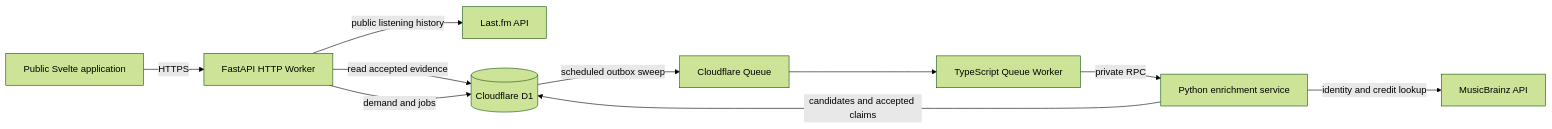
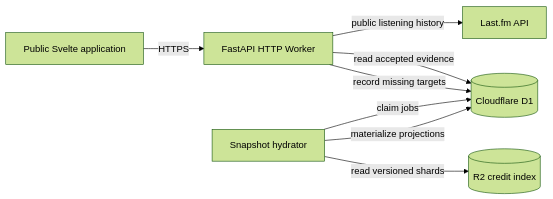
One commit to rosa-gus/timbre-palette changed the diagram in README.md. Above: the diagram before and after it, drawn with Mermaid (forest theme). The commit also changed other lines of this file and 147 other files, not shown here.

````diff
--- a/README.md
+++ b/README.md
@@ -55,12 +53,10 @@
 ```mermaid
 flowchart LR
     Browser[Public Svelte application] -->|HTTPS| API[FastAPI HTTP Worker]
     API -->|public listening history| LastFM[Last.fm API]
     API -->|read accepted evidence| D1[(Cloudflare D1)]
-    API -->|demand and jobs| D1[(Cloudflare D1)]
-    D1 -->|scheduled outbox sweep| Queue[Cloudflare Queue]
-    Queue --> QueueWorker[TypeScript Queue Worker]
-    QueueWorker -->|private RPC| Enricher[Python enrichment service]
-    Enricher -->|identity and credit lookup| MusicBrainz[MusicBrainz API]
-    Enricher -->|candidates and accepted claims| D1
+    API -->|record missing targets| D1
+    Hydrator[Snapshot hydrator] -->|claim jobs| D1
+    Hydrator -->|read versioned shards| R2[(R2 credit index)]
+    Hydrator -->|materialize projections| D1
 ```
````
